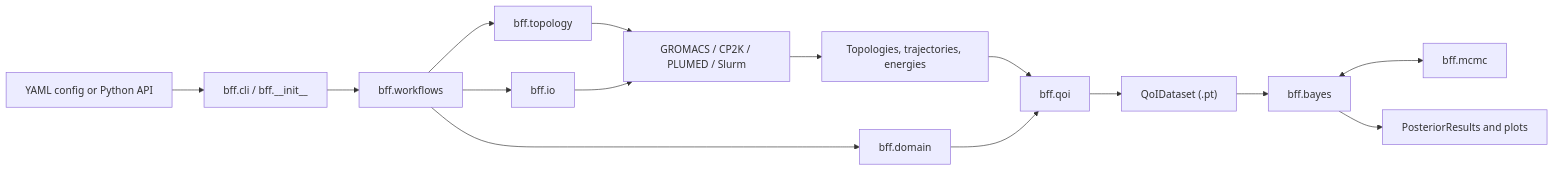
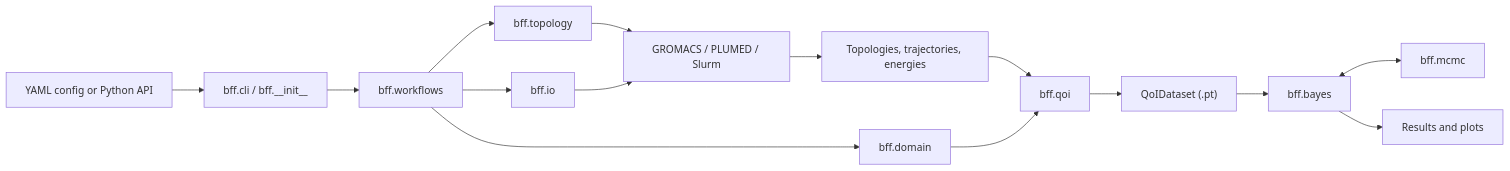
The diagram in docs/architecture.md (vojtechkostal/BayesicForceFields), drawn with Mermaid before and after one commit. The commit also changed other lines of this file and 244 other files, not shown here.

````diff
--- a/docs/architecture.md
+++ b/docs/architecture.md
@@ -10,17 +10,17 @@
 ```mermaid
 flowchart LR
     User["YAML config or Python API"] --> Entry["bff.cli / bff.__init__"]
     Entry --> Workflow["bff.workflows"]
     Workflow --> Domain["bff.domain"]
     Workflow --> Topology["bff.topology"]
     Workflow --> IO["bff.io"]
-    Topology --> External["GROMACS / CP2K / PLUMED / Slurm"]
+    Topology --> External["GROMACS / PLUMED / Slurm"]
     IO --> External
     External --> Trajectories["Topologies, trajectories, energies"]
     Trajectories --> QoI["bff.qoi"]
     Domain --> QoI
     QoI --> Dataset["QoIDataset (.pt)"]
     Dataset --> Bayes["bff.bayes"]
     Bayes <--> MCMC["bff.mcmc"]
-    Bayes --> Results["PosteriorResults and plots"]
+    Bayes --> Results["Results and plots"]
 ```
````
